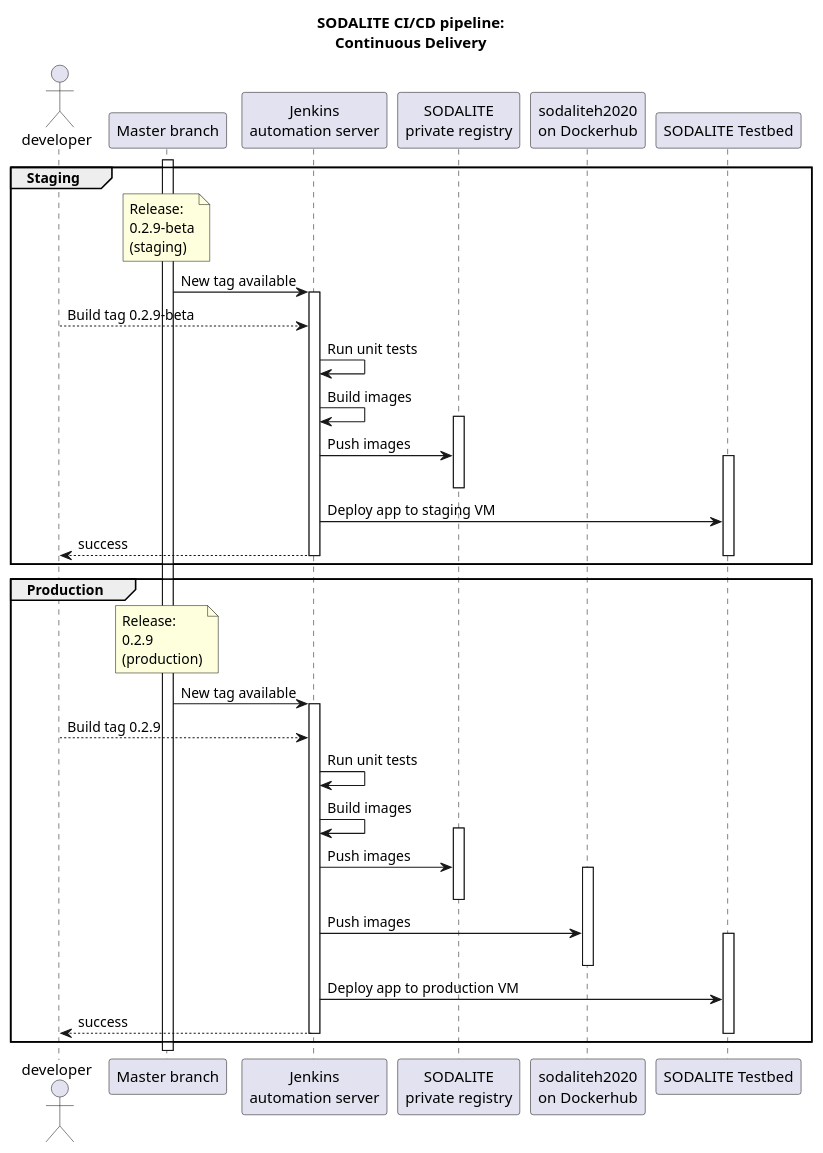
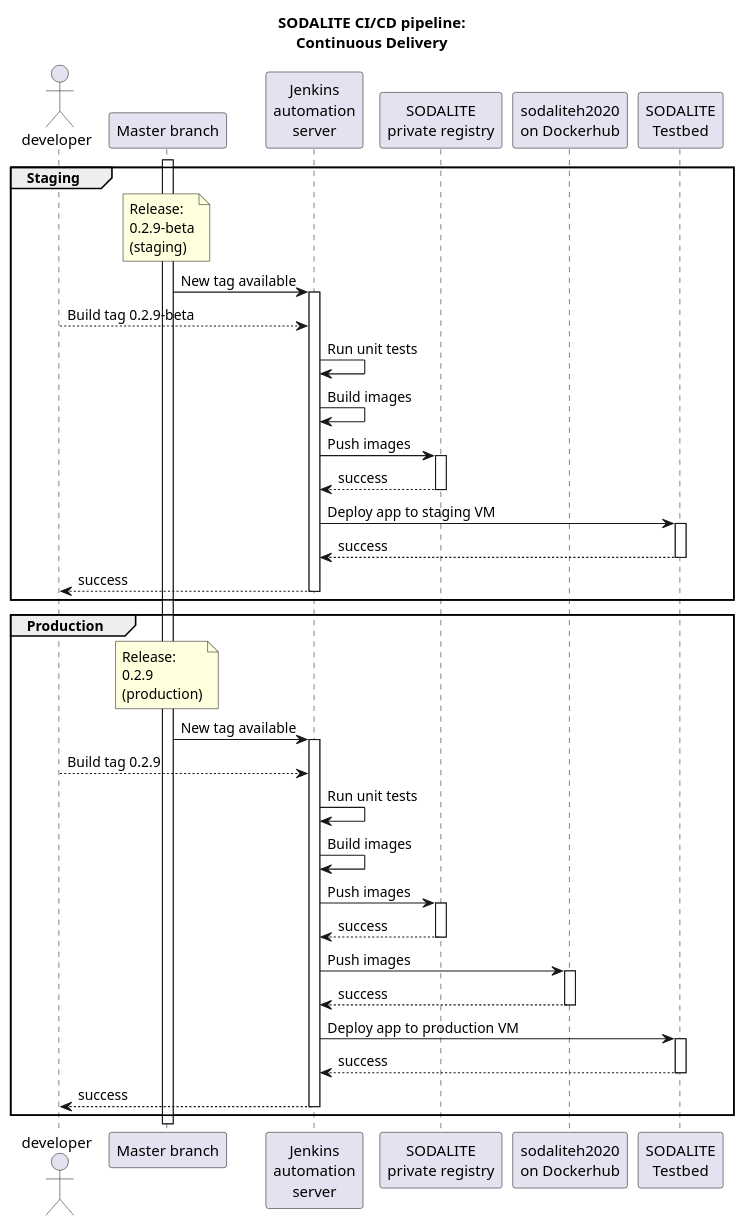
Before and after one commit to SODALITE-EU/project-wide-documentation: the diagram in uml/sequence-diagrams/CI-CD/CI-CD-delivery.puml, drawn with PlantUML. The commit also changed 2 other files, not shown here.

```diff
--- a/uml/sequence-diagrams/CI-CD/CI-CD-delivery.puml
+++ b/uml/sequence-diagrams/CI-CD/CI-CD-delivery.puml
@@ -1,74 +1,69 @@
 @startuml
 
 title SODALITE CI/CD pipeline:\nContinuous Delivery
 
+'actors and participants
 actor "developer" as human
-
-
 participant "Master branch" as master
-participant "Jenkins\nautomation server" as jenkins
+participant "Jenkins\nautomation\nserver" as jenkins
 participant "SODALITE\nprivate registry" as private_registry
 participant "sodaliteh2020\non Dockerhub" as dockerhub
-participant "SODALITE Testbed" as testbed
+participant "SODALITE\nTestbed" as testbed
 
-
-
-
+'Staging 
 group Staging
 activate master
 note over master: Release:\n0.2.9-beta\n(staging)
 
 master -> jenkins: New tag available
 activate jenkins
 
 human --> jenkins: Build tag 0.2.9-beta
 jenkins -> jenkins: Run unit tests
 
+jenkins -> jenkins: Build images
+jenkins -> private_registry: Push images
+activate private_registry
+jenkins <-- private_registry: success
 
-jenkins -> jenkins: Build images
-activate private_registry
-jenkins -> private_registry: Push images
-
-activate testbed
 deactivate private_registry
 jenkins -> testbed: Deploy app to staging VM
+activate testbed
+jenkins <-- testbed: success
+deactivate testbed
 
 jenkins --> human: success
+deactivate jenkins
+end
+
+'Production
+group Production
+
+activate master
+note over master: Release:\n0.2.9\n(production)
+
+master -> jenkins: New tag available
+activate jenkins
+human --> jenkins: Build tag 0.2.9
+jenkins -> jenkins: Run unit tests
+jenkins -> jenkins: Build images
+jenkins -> private_registry: Push images
+activate private_registry
+jenkins <-- private_registry: success
+deactivate private_registry
+jenkins -> dockerhub: Push images
+activate dockerhub
+jenkins <-- dockerhub: success
+deactivate dockerhub
+
+jenkins -> testbed: Deploy app to production VM
+activate testbed
+jenkins <-- testbed: success
 deactivate testbed
+
+jenkins --> human: success
 deactivate jenkins
 end
 
 
-
-group Production
-
-activate master
-
-note over master: Release:\n0.2.9\n(production)
-
-
-master -> jenkins: New tag available
-activate jenkins
-
-human --> jenkins: Build tag 0.2.9
-jenkins -> jenkins: Run unit tests
-jenkins -> jenkins: Build images
-activate private_registry
-jenkins -> private_registry: Push images
-activate dockerhub
-deactivate private_registry
-jenkins -> dockerhub: Push images
-activate testbed
-deactivate dockerhub
-
-jenkins -> testbed: Deploy app to production VM
-
-jenkins --> human: success
-deactivate testbed
-deactivate jenkins
-end
-
-
-
-
 @enduml
```
